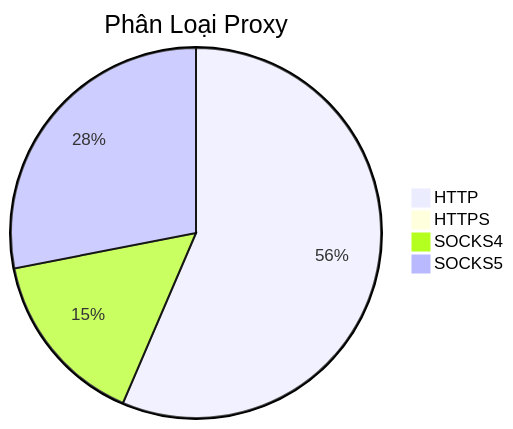
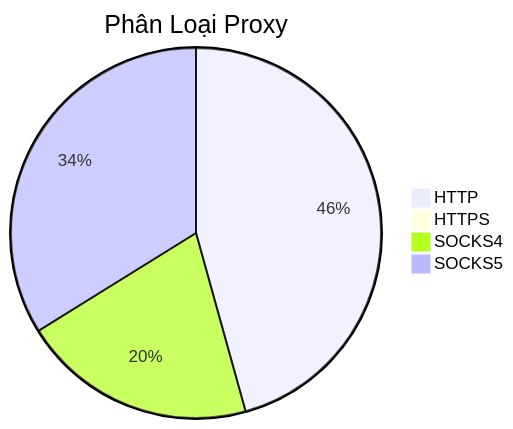
Before and after one commit to Ciara-12/PROXY-free: the diagram in README.md, drawn with Mermaid. The commit also changed other lines of this file and 3 other files, not shown here.

````diff
--- a/README.md
+++ b/README.md
@@ -26,7 +26,7 @@
 ```mermaid
 pie title Phân Loại Proxy
-    "HTTP" : 1412
+    "HTTP" : 783
     "HTTPS" : 0
-    "SOCKS4" : 387
-    "SOCKS5" : 702
+    "SOCKS4" : 351
+    "SOCKS5" : 580
 ```
````
